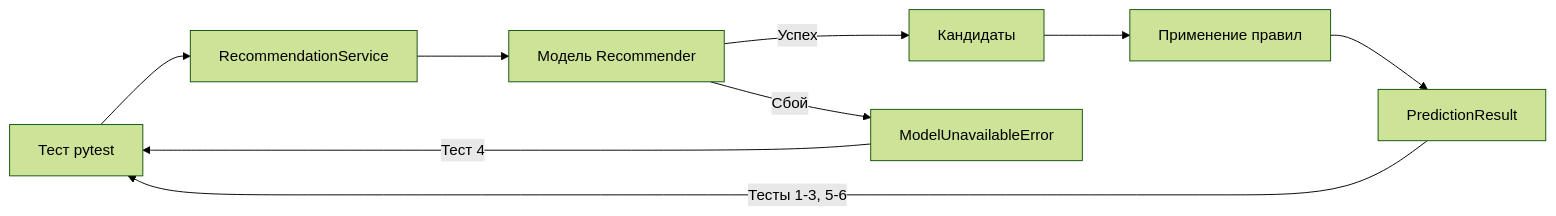
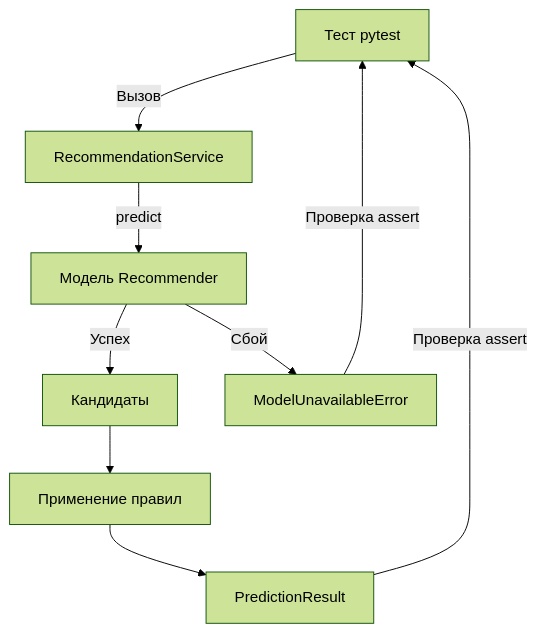
One commit to egor-school/ai-system-e-commerce-recommender changed the second of 2 diagrams in docs/lab3_report.md. Above: the diagram before and after it, drawn with Mermaid (forest theme).

````diff
--- a/docs/lab3_report.md
+++ b/docs/lab3_report.md
@@ -69,15 +69,15 @@
 ```mermaid
-flowchart LR
-    T[Тест pytest] --> S[RecommendationService]
-    S --> R[Модель Recommender]
+flowchart TD
+    T[Тест pytest] -->|Вызов| S[RecommendationService]
+    S -->|predict| R[Модель Recommender]
     
     R -->|Успех| C[Кандидаты]
     R -->|Сбой| E[ModelUnavailableError]
     
     C --> F[Применение правил]
     F --> P[PredictionResult]
     
-    E -->|Тест 4| T
-    P -->|Тесты 1-3, 5-6| T
+    P -->|Проверка assert| T
+    E -->|Проверка assert| T
 
 ```
````
